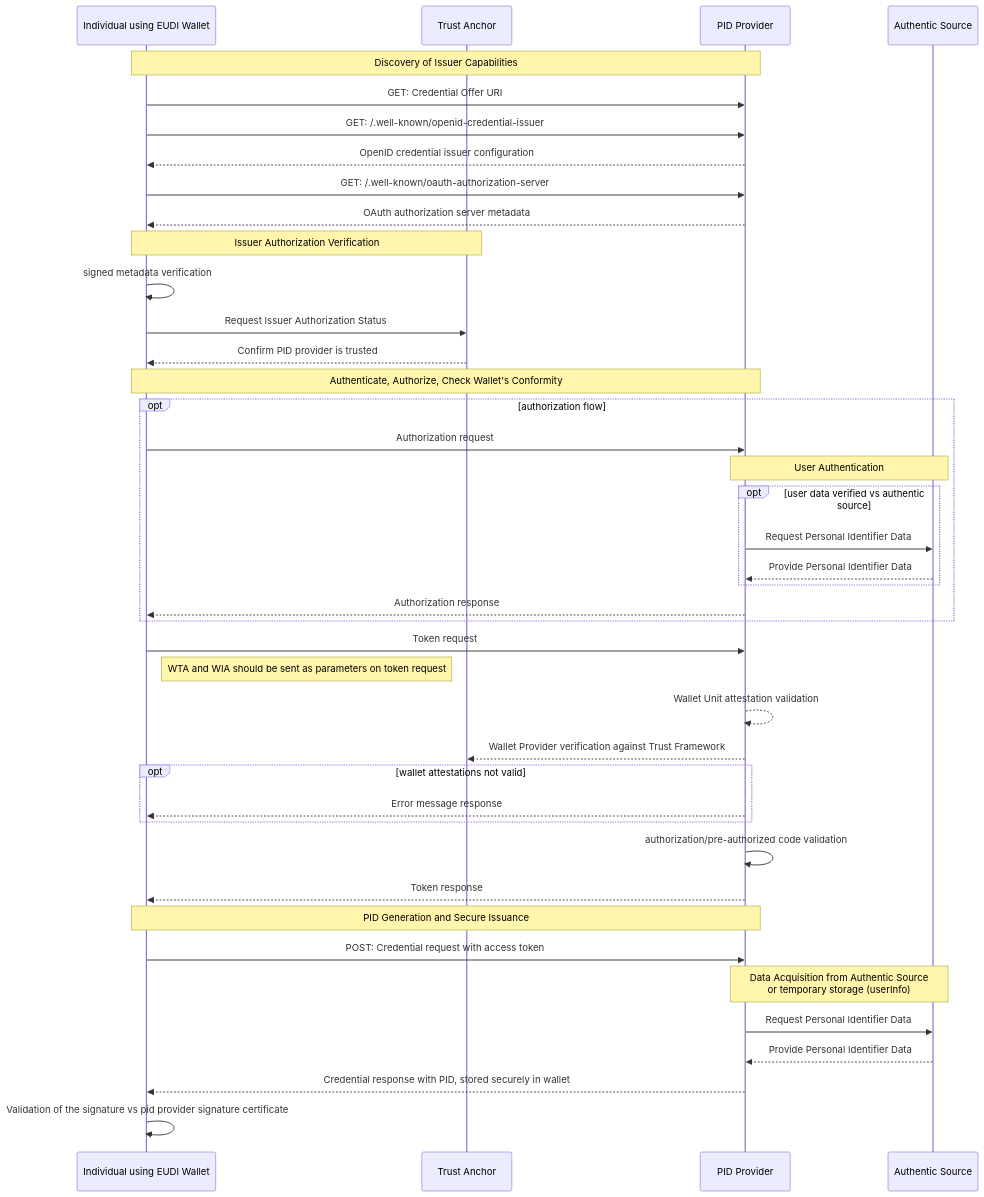
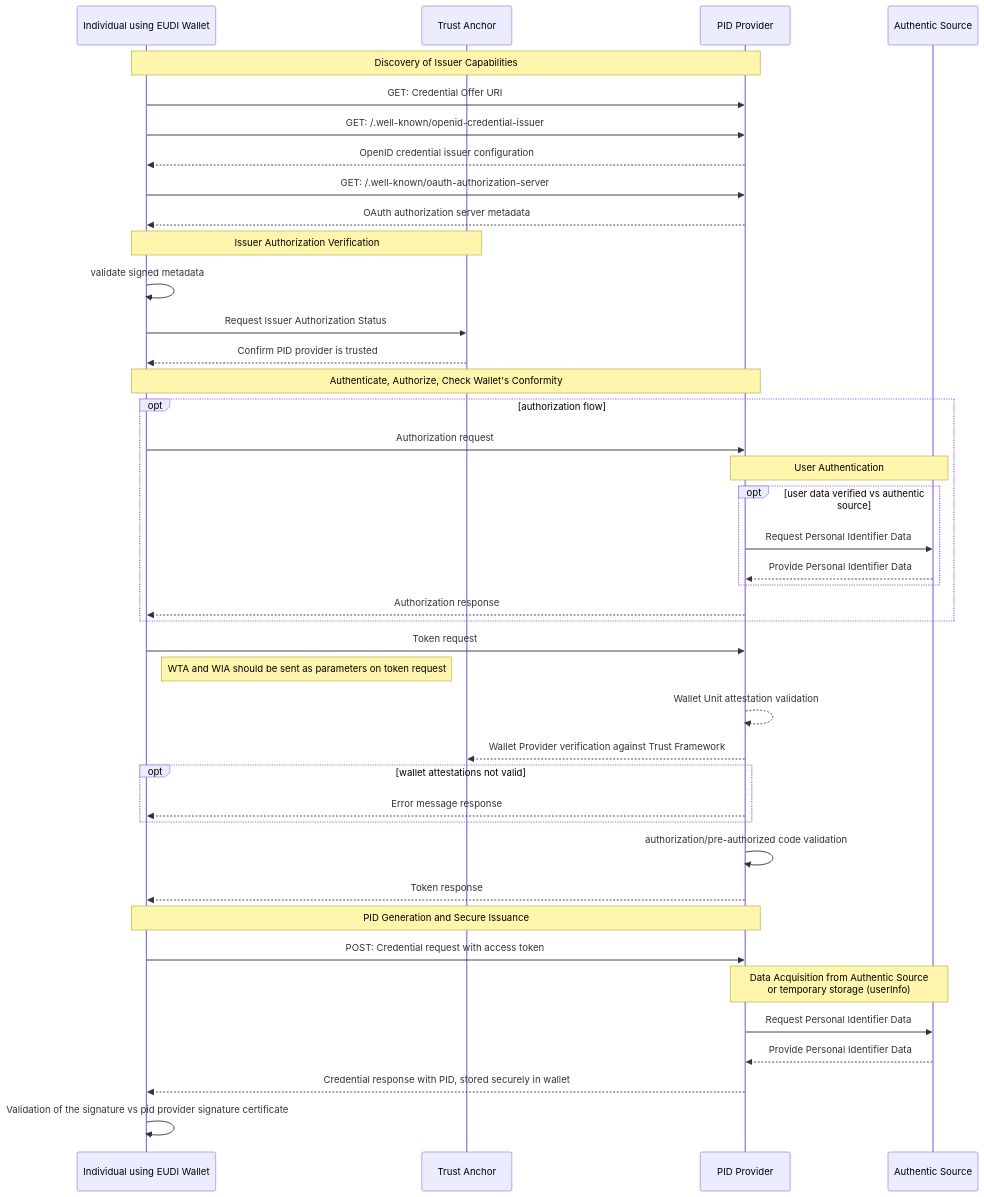
The diagram in ewc-rfc003-issue-person-identification-data.md (EWC-consortium/eudi-wallet-rfcs), drawn with Mermaid before and after one commit. The commit also changed other lines of this file, not shown here.

````diff
--- a/ewc-rfc003-issue-person-identification-data.md
+++ b/ewc-rfc003-issue-person-identification-data.md
@@ -77,51 +77,51 @@
 ```mermaid
   sequenceDiagram
     participant I as Individual using EUDI Wallet
     participant TA as Trust Anchor
     participant O as PID Provider
     participant AS as Authentic Source
         
     Note over I,O: Discovery of Issuer Capabilities 
     I->>O: GET: Credential Offer URI
     I->> O: GET: /.well-known/openid-credential-issuer
     O-->> I: OpenID credential issuer configuration
     I->> O: GET: /.well-known/oauth-authorization-server
     O-->>I: OAuth authorization server metadata
                 
     Note over I,TA: Issuer Authorization Verification
-    I->> I: signed metadata verification
+    I->> I: validate signed metadata
     I->>TA: Request Issuer Authorization Status
     TA-->>I: Confirm PID provider is trusted 
     
     Note over I,O: Authenticate, Authorize, Check Wallet's Conformity
     opt authorization flow
     I->>O: Authorization request
     
     Note over O,AS: User Authentication
         opt user data verified vs authentic source
           O->>AS: Request Personal Identifier Data
           AS-->>O: Provide Personal Identifier Data
       end
       O-->>I: Authorization response 
     end
     
     I->> O: Token request
     Note right of I: WTA and WIA should be sent as parameters on token request
     O-->>O: Wallet Unit attestation validation
     O-->>TA: Wallet Provider verification against Trust Framework
       opt wallet attestations not valid
           O-->>I: Error message response
       end
     O->>O: authorization/pre-authorized code validation
     O-->>I: Token response
         
     Note over I,O: PID Generation and Secure Issuance
     I->>O: POST: Credential request with access token
     Note over O,AS: Data Acquisition from Authentic Source <BR> or temporary storage (userInfo)
     O->>AS: Request Personal Identifier Data
     AS-->>O: Provide Personal Identifier Data
     
     O-->>I: Credential response with PID, stored securely in wallet
     I->> I: Validation of the signature vs pid provider signature certificate
 
 ```
````
